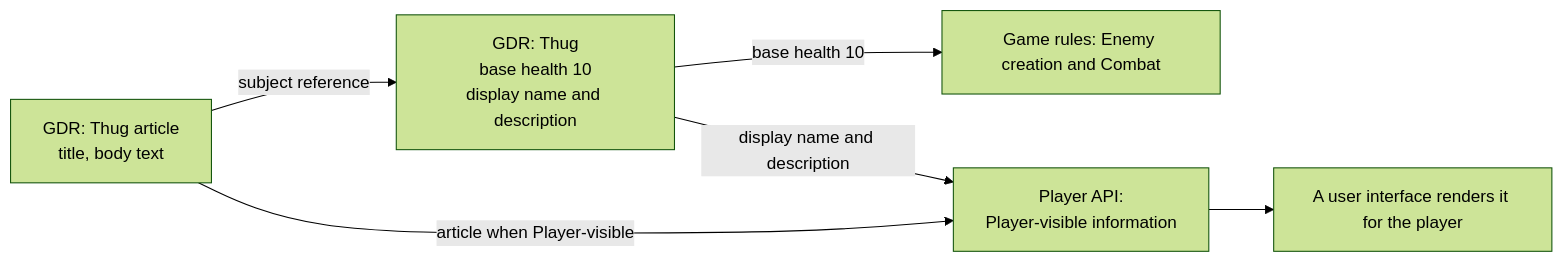
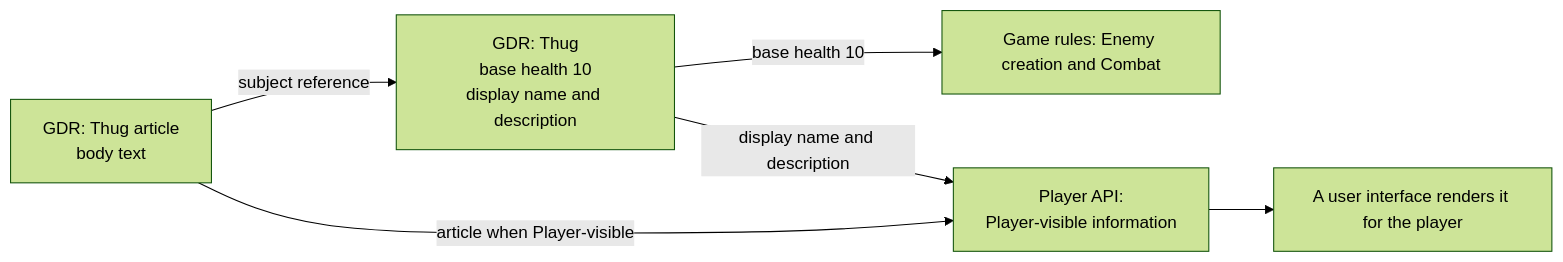
Before and after one commit to konrad-jamrozik/game-v5: the seventh of 7 diagrams in docs/specs/design/foundation/game-data-records.md, drawn with Mermaid (forest theme). The commit also changed other lines of this file and 93 other files, not shown here.

````diff
--- a/docs/specs/design/foundation/game-data-records.md
+++ b/docs/specs/design/foundation/game-data-records.md
@@ -356,10 +357,10 @@
 ```mermaid
 flowchart LR
     Thug["GDR: Thug<br/>base health 10<br/>display name and description"]
-    Article["GDR: Thug article<br/>title, body text"]
+    Article["GDR: Thug article<br/>body text"]
     Article -->|subject reference| Thug
     Thug -->|base health 10| Combat["Game rules: Enemy creation and Combat"]
     Thug -->|display name and description| PlayerAPI["Player API:<br/>Player-visible information"]
     Article -->|article when Player-visible| PlayerAPI
     PlayerAPI --> UserInterface["A user interface renders it for the player"]
 ```
````
